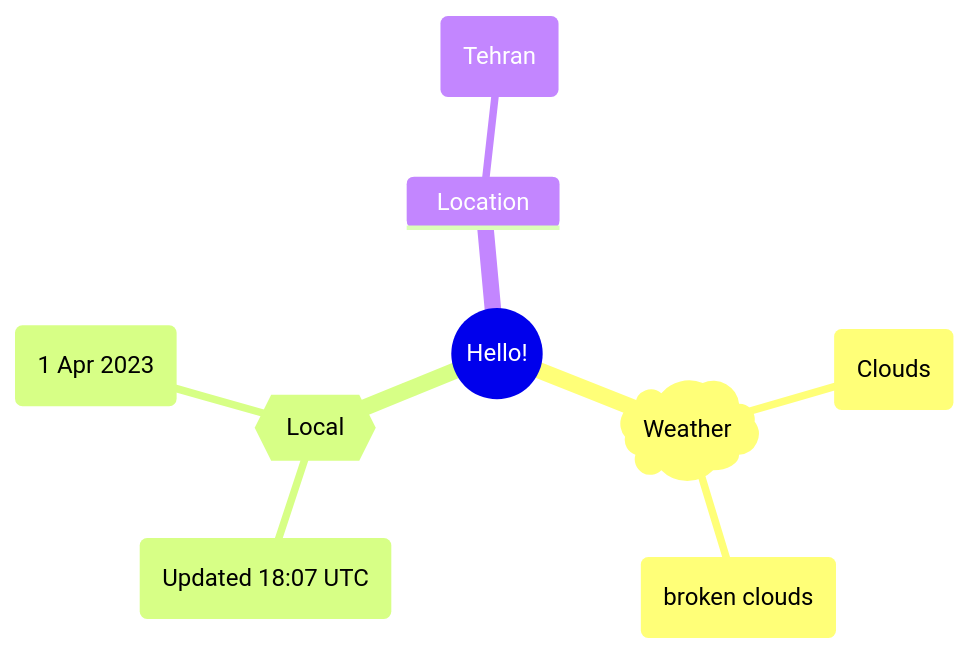
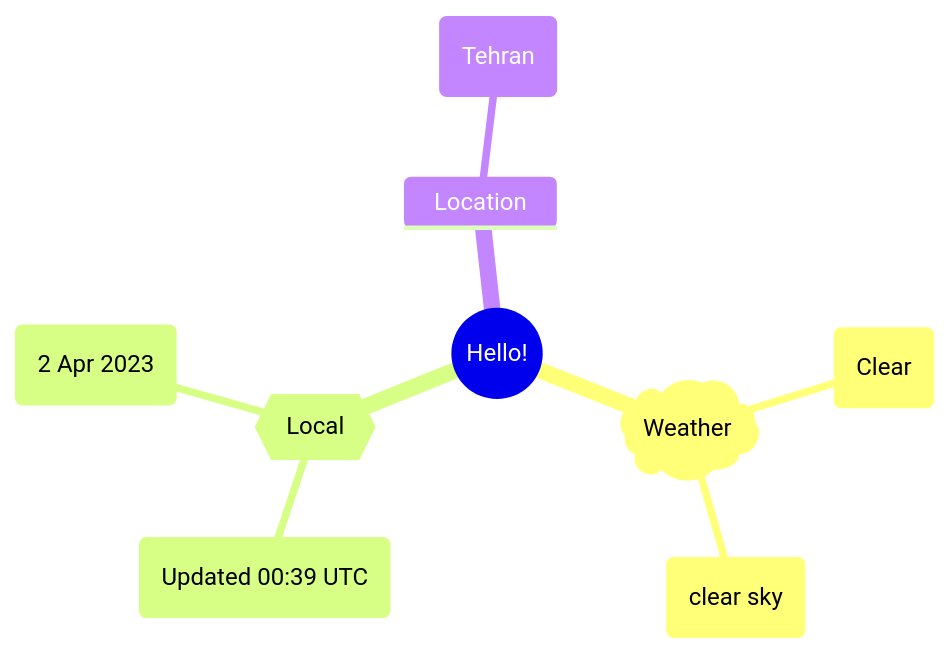
Before and after one commit to Xosrov/Xosrov: the first of 2 diagrams in README.md, drawn with Mermaid.

Commit message:
[bot] updated images

````diff
--- a/README.md
+++ b/README.md
@@ -3,12 +3,12 @@
 ```mermaid
 mindmap
   root((Hello!))
     )Weather(
-        (Clouds)
-        (broken clouds)
+        (Clear)
+        (clear sky)
     {{Local}}
-        (Updated 18:07 UTC)
-        (1 Apr 2023)
+        (Updated 00:39 UTC)
+        (2 Apr 2023)
     Location
         (Tehran)
 ```
````
